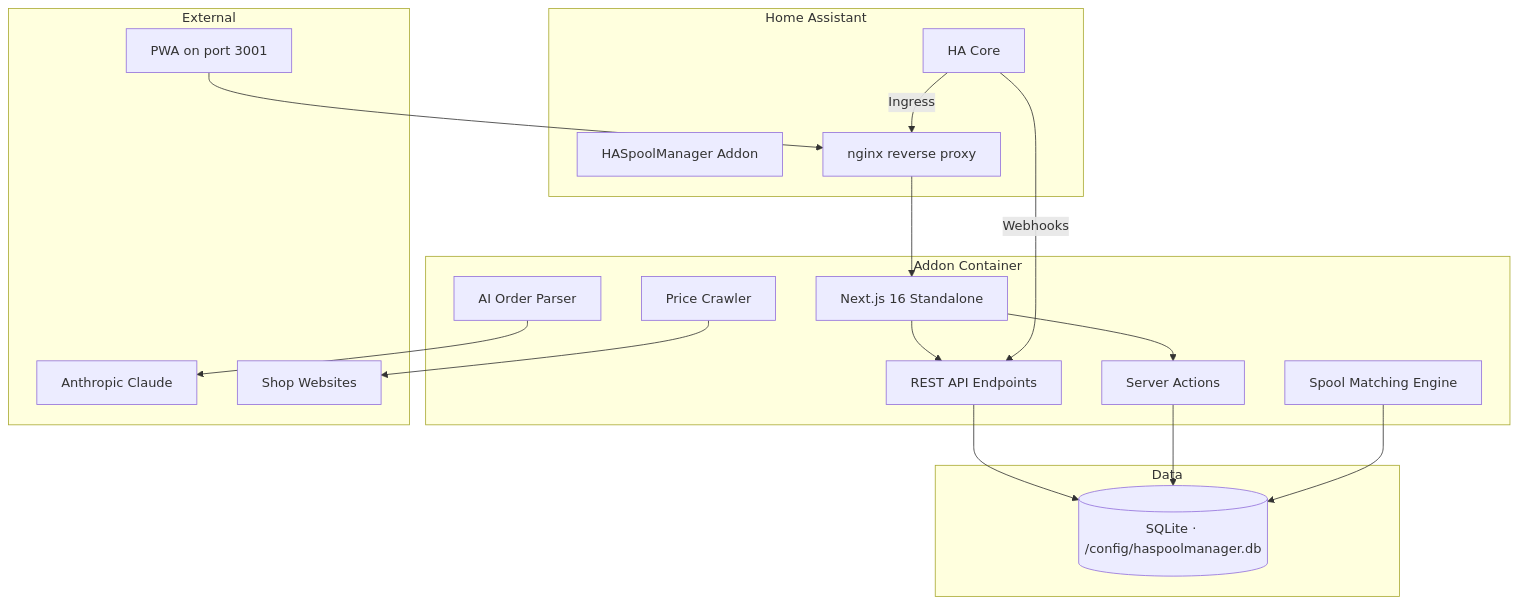
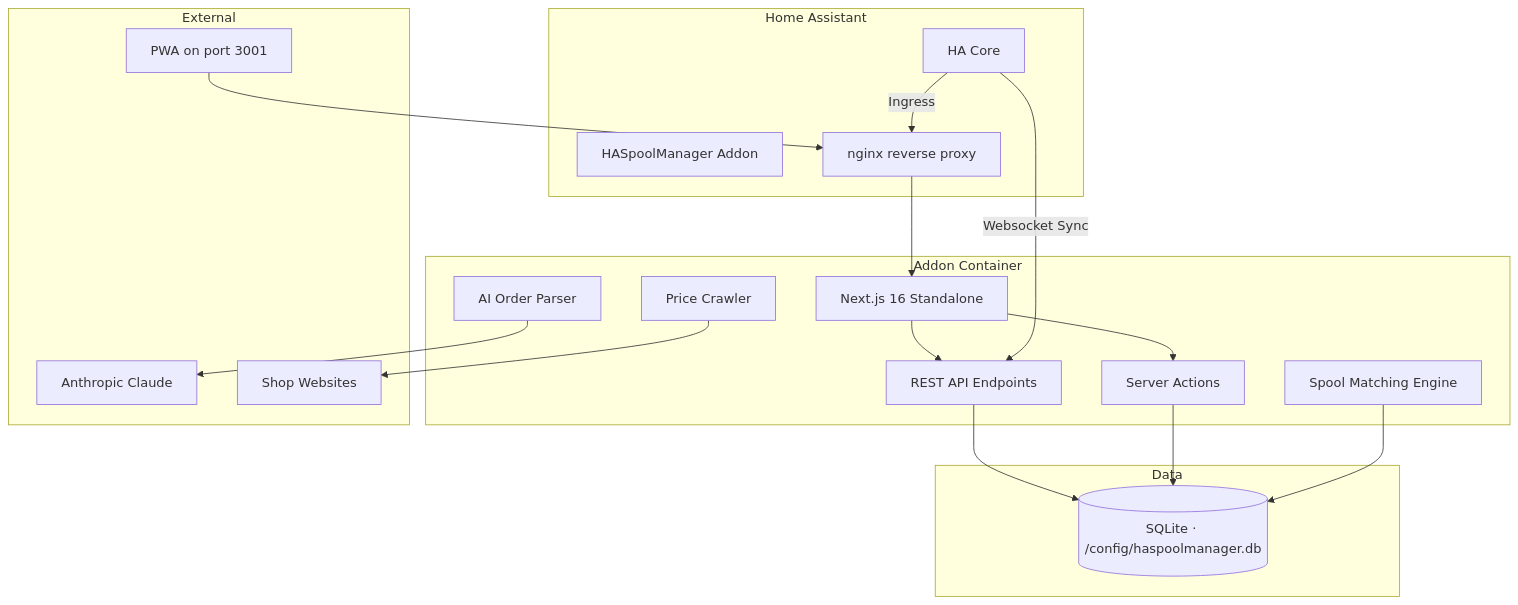
The diagram in README.md (kbarthei/HASpoolManager), drawn with Mermaid before and after one commit. The commit also changed other lines of this file and 8 other files, not shown here.

````diff
--- a/README.md
+++ b/README.md
@@ -38,39 +43,39 @@
 ```mermaid
 graph TB
     subgraph "Home Assistant"
         HA[HA Core]
         ADDON[HASpoolManager Addon]
         NGINX[nginx reverse proxy]
     end
 
     subgraph "Addon Container"
         NEXT[Next.js 16 Standalone]
         API[REST API Endpoints]
         SA[Server Actions]
         ME[Spool Matching Engine]
         AI[AI Order Parser]
         PC[Price Crawler]
     end
 
     subgraph "Data"
         DB[(SQLite · /config/haspoolmanager.db)]
     end
 
     subgraph "External"
         CLAUDE[Anthropic Claude]
         SHOPS[Shop Websites]
         PWA[PWA on port 3001]
     end
 
     HA -->|Ingress| NGINX
     NGINX --> NEXT
     NEXT --> API
     NEXT --> SA
     API --> DB
     SA --> DB
     ME --> DB
     AI --> CLAUDE
     PC --> SHOPS
-    HA -->|Webhooks| API
+    HA -->|Websocket Sync| API
     PWA --> NGINX
 ```
````
